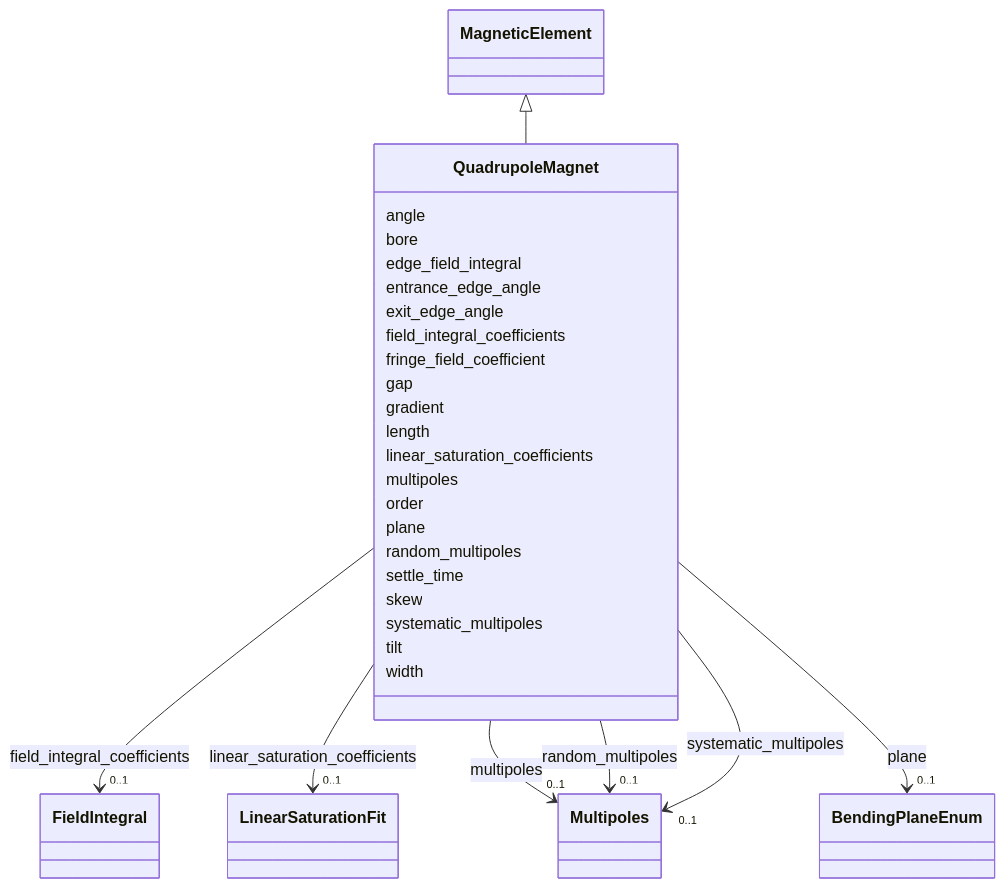
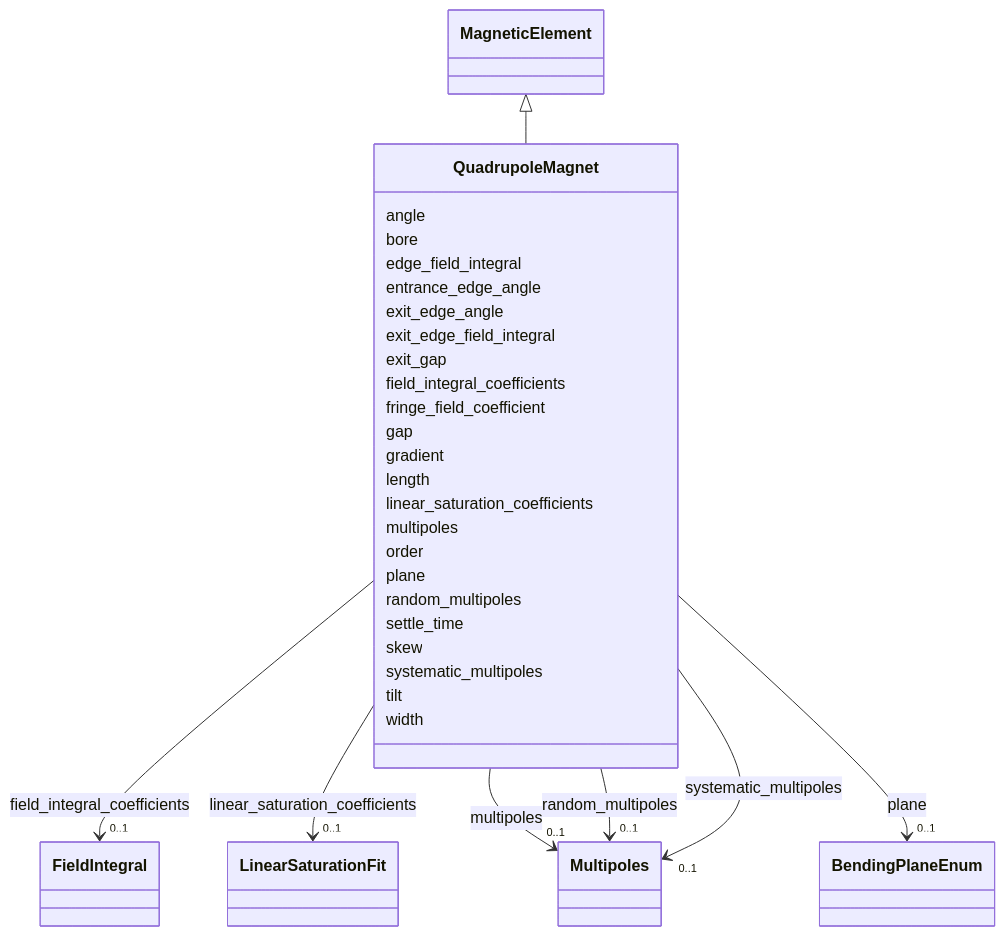
The diagram in docs/source/schema/QuadrupoleMagnet.md (astec-stfc/laura), drawn with Mermaid before and after one commit. The commit also changed other lines of this file and 54 other files, not shown here.

Commit message:
had to add exit_fringe_integral since it can be asymmetric.....

```diff
--- a/docs/source/schema/QuadrupoleMagnet.md
+++ b/docs/source/schema/QuadrupoleMagnet.md
@@ -26,6 +26,10 @@
       QuadrupoleMagnet : entrance_edge_angle
         
       QuadrupoleMagnet : exit_edge_angle
+        
+      QuadrupoleMagnet : exit_edge_field_integral
+        
+      QuadrupoleMagnet : exit_gap
         
       QuadrupoleMagnet : field_integral_coefficients
         
```
